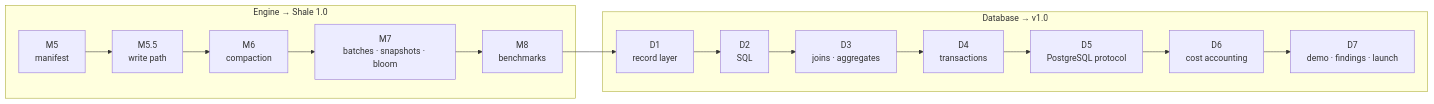
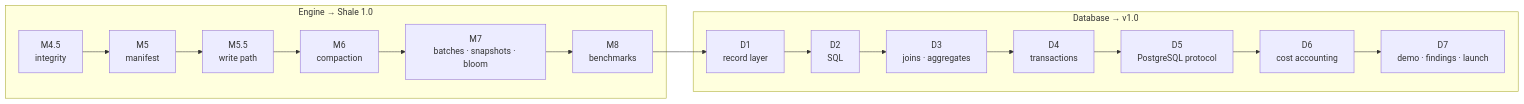
One commit to rahul-j0shi/shale changed the diagram in documentation/roadmap/completion-plan.md. Above: the diagram before and after it, drawn with Mermaid. The commit also changed other lines of this file and 27 other files, not shown here.

````diff
--- a/documentation/roadmap/completion-plan.md
+++ b/documentation/roadmap/completion-plan.md
@@ -40,10 +44,10 @@
 ```mermaid
 flowchart LR
   subgraph engine["Engine → Shale 1.0"]
-    m5["M5<br/>manifest"] --> m55["M5.5<br/>write path"] --> m6["M6<br/>compaction"] --> m7["M7<br/>batches · snapshots · bloom"] --> m8["M8<br/>benchmarks"]
+    m45["M4.5<br/>integrity"] --> m5["M5<br/>manifest"] --> m55["M5.5<br/>write path"] --> m6["M6<br/>compaction"] --> m7["M7<br/>batches · snapshots · bloom"] --> m8["M8<br/>benchmarks"]
   end
   subgraph database["Database → v1.0"]
     d1["D1<br/>record layer"] --> d2["D2<br/>SQL"] --> d3["D3<br/>joins · aggregates"] --> d4["D4<br/>transactions"] --> d5["D5<br/>PostgreSQL protocol"] --> d6["D6<br/>cost accounting"] --> d7["D7<br/>demo · findings · launch"]
   end
   m8 --> d1
 ```
````
